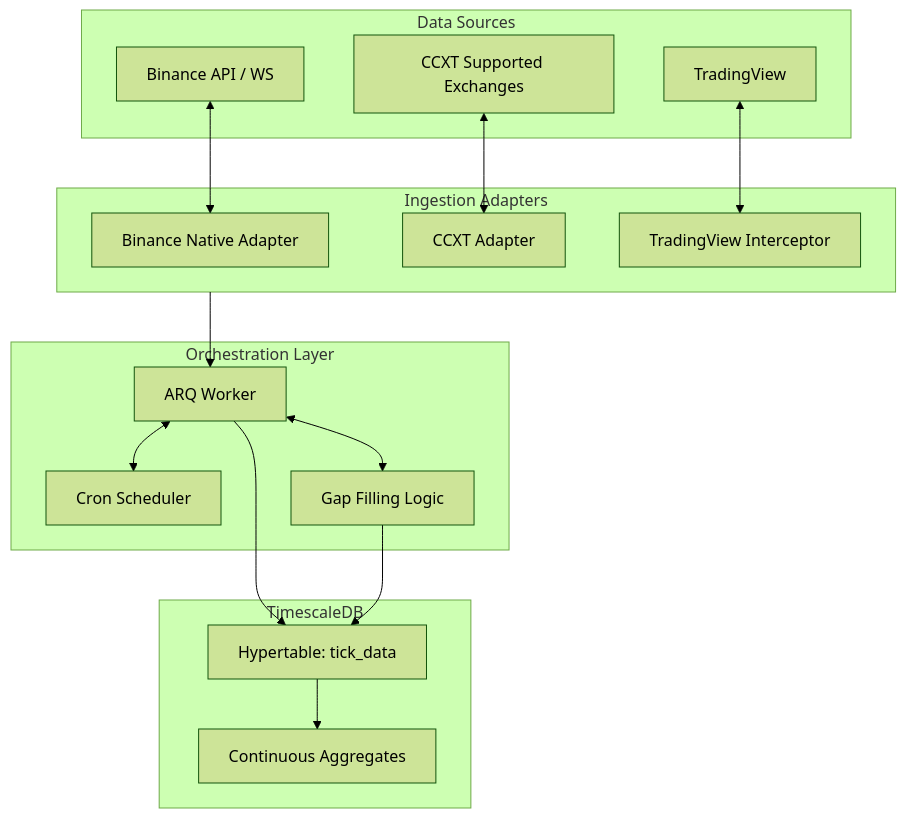
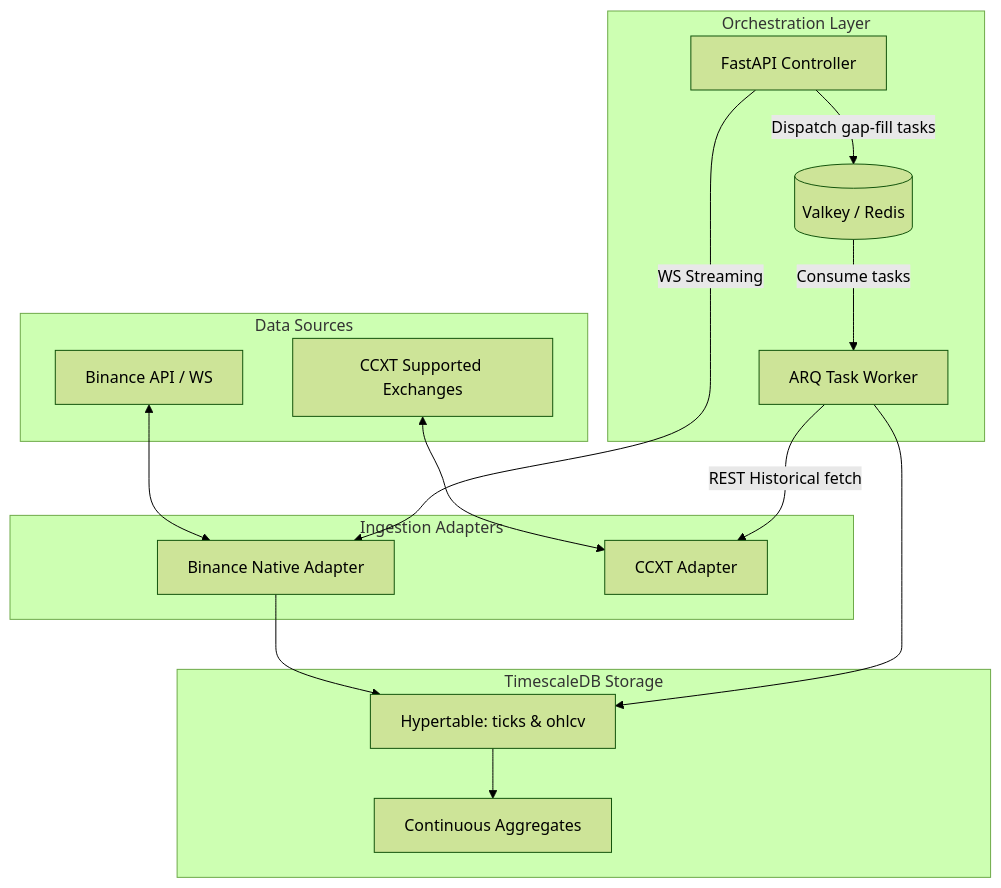
Before and after one commit to transparentCode/flipperAgent: the diagram in docs/ingestion.md, drawn with Mermaid (forest theme). The commit also changed other lines of this file, not shown here.

````diff
--- a/docs/ingestion.md
+++ b/docs/ingestion.md
@@ -7,42 +7,40 @@
 ```mermaid
 flowchart TD
     %% Data Sources
     subgraph Sources [Data Sources]
         Binance[Binance API / WS]
         CCXT[CCXT Supported Exchanges]
-        TV[TradingView]
     end
 
     %% Ingestion Adapters
     subgraph Adapters [Ingestion Adapters]
         BN_Adapter[Binance Native Adapter]
         CCXT_Adapter[CCXT Adapter]
-        TV_Adapter[TradingView Interceptor]
     end
 
     %% Orchestration & Gap Filling
     subgraph Orchestration [Orchestration Layer]
-        Worker[ARQ Worker]
-        Scheduler[Cron Scheduler]
-        GapFiller[Gap Filling Logic]
+        Controller[FastAPI Controller]
+        Worker[ARQ Task Worker]
+        Valkey[(Valkey / Redis)]
     end
 
     %% Storage Layer
-    subgraph Storage [TimescaleDB]
-        Hypertable[Hypertable: tick_data]
+    subgraph Storage [TimescaleDB Storage]
+        Hypertable[Hypertable: ticks & ohlcv]
         ContAgg[Continuous Aggregates]
     end
 
     %% Relationships
     Binance <--> BN_Adapter
     CCXT <--> CCXT_Adapter
-    TV <--> TV_Adapter
 
-    Adapters --> Worker
-    Worker <--> Scheduler
-    Worker <--> GapFiller
-
+    Controller -->|Dispatch gap-fill tasks| Valkey
+    Valkey -->|Consume tasks| Worker
+    Worker -->|REST Historical fetch| CCXT_Adapter
+    Controller -->|WS Streaming| BN_Adapter
+    
+    BN_Adapter --> Hypertable
     Worker --> Hypertable
-    GapFiller --> Hypertable
     Hypertable --> ContAgg
 ```
````
